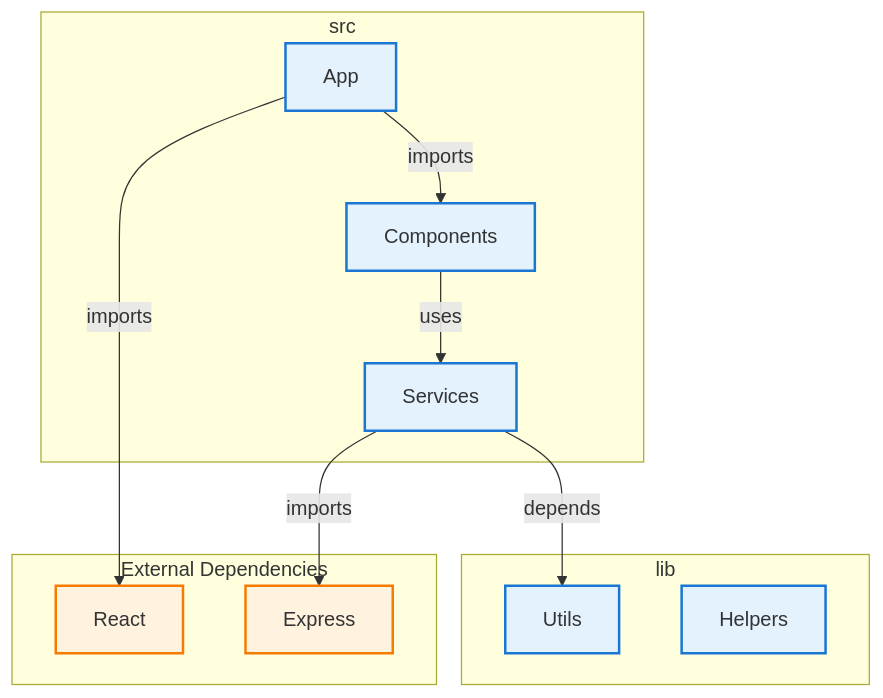
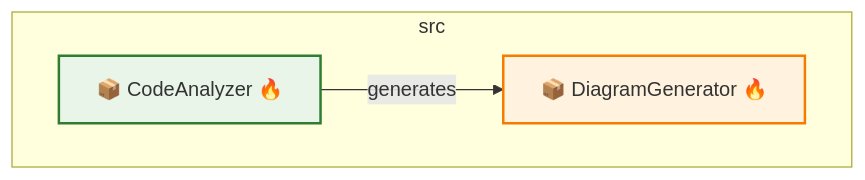
One commit to samjhill/diagrammer changed the first of 2 diagrams in README.md. Above: the diagram before and after it, drawn with Mermaid. The commit also changed other lines of this file and 1 other file, not shown here.

First line of the commit message:
feat: comprehensive code cleanup and README update

````diff
--- a/README.md
+++ b/README.md
@@ -217,29 +216,14 @@
 ```mermaid
 graph TD
-  classDef component fill:#e3f2fd,stroke:#1976d2,stroke-width:2px
-  classDef external fill:#fff3e0,stroke:#f57c00,stroke-width:2px
-  classDef internal fill:#e8f5e8,stroke:#388e3c,stroke-width:2px
-  classDef group fill:#f3e5f5,stroke:#7b1fa2,stroke-width:3px
-
+  classDef analyzer fill:#e8f5e8,stroke:#2e7d32,stroke-width:2px
+  classDef generator fill:#fff3e0,stroke:#f57c00,stroke-width:2px
+  
   subgraph src["src"]
-    App["App"]:::component
-    Components["Components"]:::component
-    Services["Services"]:::component
+    CodeAnalyzer["📦 CodeAnalyzer 🔥"]
+    DiagramGenerator["📦 DiagramGenerator 🔥"]
   end
   
-  subgraph lib["lib"]
-    Utils["Utils"]:::component
-    Helpers["Helpers"]:::component
-  end
-  
-  subgraph external["External Dependencies"]
-    React["React"]:::external
-    Express["Express"]:::external
-  end
-  
-  App -->|imports| Components
-  Components -->|uses| Services
-  Services -->|depends| Utils
-  App -->|imports| React
-  Services -->|imports| Express
+  CodeAnalyzer:::analyzer
+  DiagramGenerator:::generator
+  CodeAnalyzer -->|generates| DiagramGenerator
 ```
````
